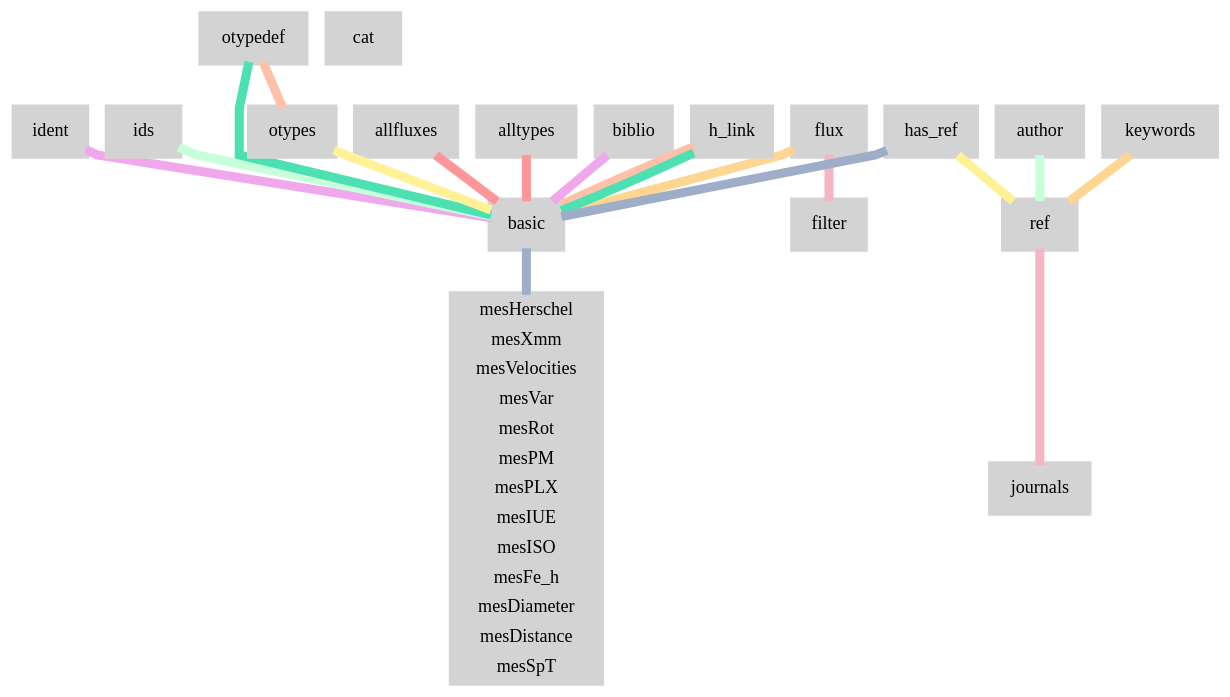
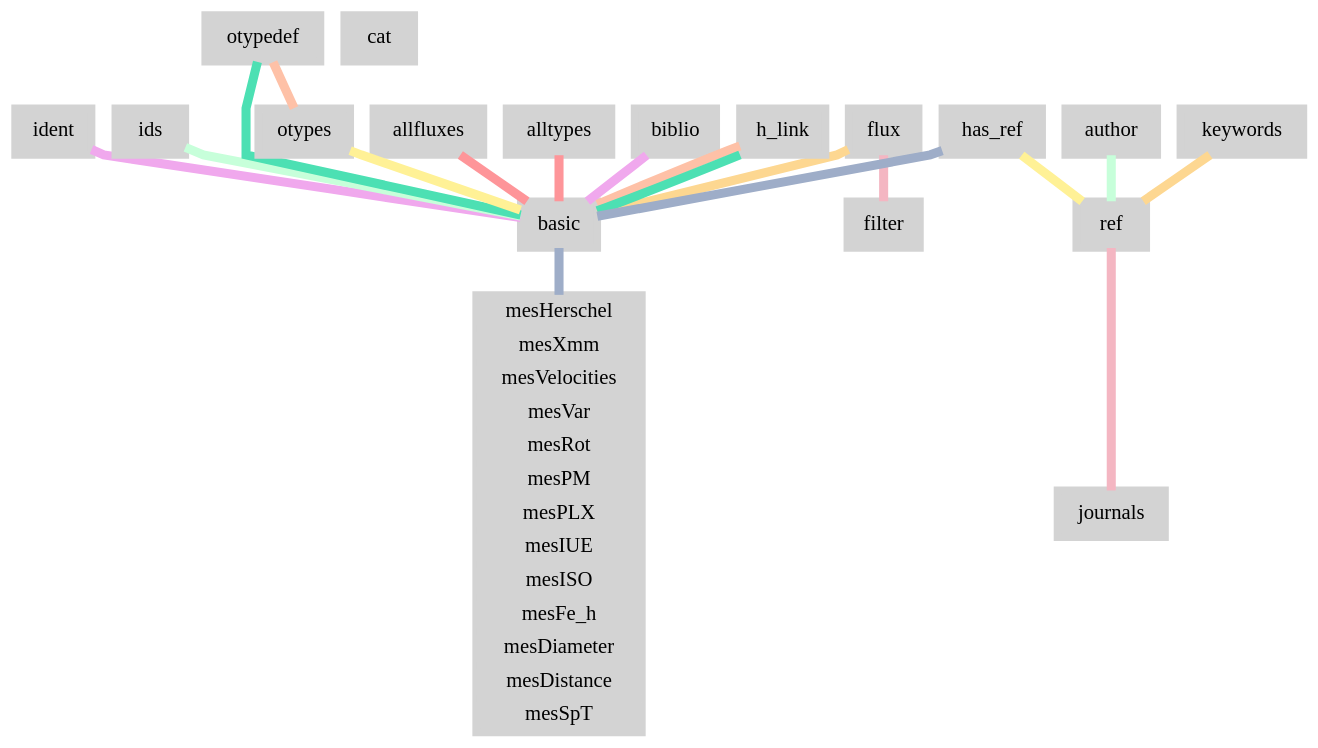
The diagram in docs/simbad/simbad-er.gv (astropy/astroquery), drawn with Graphviz before and after one commit. The commit also changed 1 other file, not shown here.

Commit message:
docs: increase font size in simbad graph
a script to regenerate the DOT file is here : https://github.com/ManonMarchand/simbad-ER-diagram/blob/main/simbad-and-graphviz.py

```diff
--- a/docs/simbad/simbad-er.gv
+++ b/docs/simbad/simbad-er.gv
@@ -1,41 +1,41 @@
 graph "Simbad Relational Database" {
 	node [color=lightgray penwidth=6 shape=box style=filled]
 	graph [esep="+0" mode=major overlap=false sep=0 splines=polyline]
 	edge [color=lightgray labelOverlay="100%" penwidth=7]
-	"Measurement tables" [label="{mesHerschel | mesXmm | mesVelocities | mesVar | mesRot | mesPM | mesPLX | mesIUE | mesISO | mesFe_h | mesDiameter | mesDistance | mesSpT }" shape=record]
+	"Measurement tables" [label="{mesHerschel | mesXmm | mesVelocities | mesVar | mesRot | mesPM | mesPLX | mesIUE | mesISO | mesFe_h | mesDiameter | mesDistance | mesSpT }" fontsize=16 shape=record]
 	basic -- "Measurement tables" [color="#9EADC8" tooltip="oid:oidref"]
-	allfluxes [tooltip="all flux/magnitudes U,B,V,I,J,H,K,u_,g_,r_,i_,z_"]
-	alltypes [tooltip="all object types concatenated with pipe"]
-	author [tooltip="Author of a bibliographic reference"]
-	basic [tooltip="General data about an astronomical object"]
-	biblio [tooltip=Bibliography]
-	cat [tooltip="Catalogues name"]
-	filter [tooltip="Description of a flux filter"]
-	flux [tooltip="Magnitude/Flux information about an astronomical object"]
-	h_link [tooltip="hierarchy of membership measure"]
-	has_ref [tooltip="Associations between astronomical objects and their bibliographic references"]
-	ident [tooltip="Identifiers of an astronomical object"]
-	ids [tooltip="all names concatenated with pipe"]
-	journals [tooltip="Description of all used journals in the database"]
-	keywords [tooltip="List of keywords in a paper"]
-	otypedef [tooltip="all names and definitions for the object types"]
-	otypes [tooltip="List of all object types associated with an object"]
-	ref [tooltip="Bibliographic reference"]
+	allfluxes [fontsize=16 tooltip="all flux/magnitudes U,B,V,I,J,H,K,u_,g_,r_,i_,z_"]
+	alltypes [fontsize=16 tooltip="all object types concatenated with pipe"]
+	author [fontsize=16 tooltip="Author of a bibliographic reference"]
+	basic [fontsize=16 tooltip="General data about an astronomical object"]
+	biblio [fontsize=16 tooltip=Bibliography]
+	cat [fontsize=16 tooltip="Catalogues name"]
+	filter [fontsize=16 tooltip="Description of a flux filter"]
+	flux [fontsize=16 tooltip="Magnitude/Flux information about an astronomical object"]
+	h_link [fontsize=16 tooltip="hierarchy of membership measure"]
+	has_ref [fontsize=16 tooltip="Associations between astronomical objects and their bibliographic references"]
+	ident [fontsize=16 tooltip="Identifiers of an astronomical object"]
+	ids [fontsize=16 tooltip="all names concatenated with pipe"]
+	journals [fontsize=16 tooltip="Description of all used journals in the database"]
+	keywords [fontsize=16 tooltip="List of keywords in a paper"]
+	otypedef [fontsize=16 tooltip="all names and definitions for the object types"]
+	otypes [fontsize=16 tooltip="List of all object types associated with an object"]
+	ref [fontsize=16 tooltip="Bibliographic reference"]
 	ids -- basic [color="#C7FFDA" tooltip="oidref:oid"]
 	otypedef -- otypes [color="#FEC1A7" tooltip="otype:otype"]
 	otypedef -- basic [color="#4CE0B3" tooltip="otype:otype"]
 	ident -- basic [color="#F0A8ED" tooltip="oidref:oid"]
 	flux -- basic [color="#FDD791" tooltip="oidref:oid"]
 	flux -- filter [color="#F4B6C2" tooltip="filter:filtername"]
 	allfluxes -- basic [color="#FE9599" tooltip="oidref:oid"]
 	has_ref -- ref [color="#FFF196" tooltip="oidbibref:oidbib"]
 	has_ref -- basic [color="#9EADC8" tooltip="oidref:oid"]
 	author -- ref [color="#C7FFDA" tooltip="oidbibref:oidbib"]
 	h_link -- basic [color="#FEC1A7" tooltip="parent:oid"]
 	h_link -- basic [color="#4CE0B3" tooltip="child:oid"]
 	biblio -- basic [color="#F0A8ED" tooltip="oidref:oid"]
 	keywords -- ref [color="#FDD791" tooltip="oidbibref:oidbib"]
 	ref -- journals [color="#F4B6C2" tooltip="journal:journal"]
 	alltypes -- basic [color="#FE9599" tooltip="oidref:oid"]
 	otypes -- basic [color="#FFF196" tooltip="oidref:oid"]
 }
```
